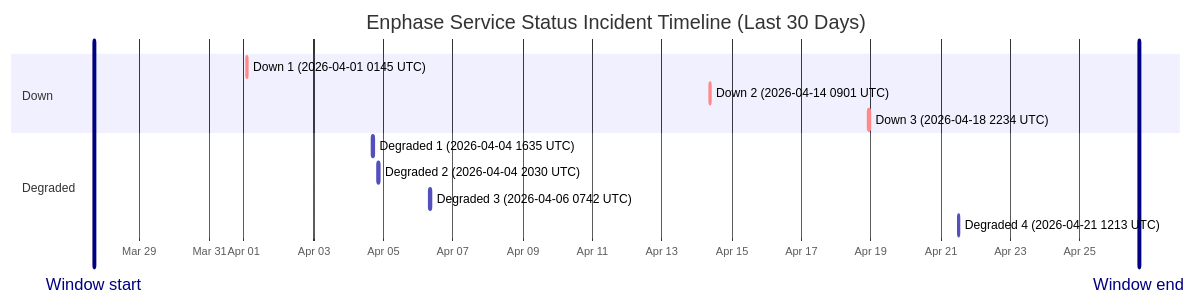
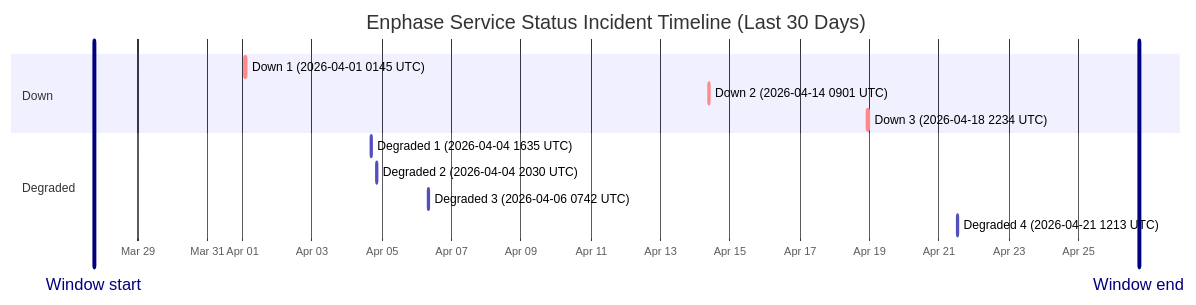
One commit to barneyonline/ha-enphase-ev-charger changed the diagram in wiki/Service-Status-History.md. Above: the diagram before and after it, drawn with Mermaid. The commit also changed other lines of this file and 3 other files, not shown here.

````diff
--- a/wiki/Service-Status-History.md
+++ b/wiki/Service-Status-History.md
@@ -14,17 +14,17 @@
 ```mermaid
 gantt
     title Enphase Service Status Incident Timeline (Last 30 Days)
     dateFormat  YYYY-MM-DDTHH:mm:ss
     axisFormat  %b %d
-    Window start :vert, window-start, 2026-03-27T16:41:20, 0ms
-    Window end :vert, window-end, 2026-04-26T16:41:20, 0ms
+    Window start :vert, window-start, 2026-03-27T17:37:43, 0ms
+    Window end :vert, window-end, 2026-04-26T17:37:43, 0ms
     section Down
     Down 1 (2026-04-01 0145 UTC) :crit, down-1, 2026-04-01T01:45:09, 60m
     Down 2 (2026-04-14 0901 UTC) :crit, down-2, 2026-04-14T09:01:13, 60m
     Down 3 (2026-04-18 2234 UTC) :crit, down-3, 2026-04-18T22:34:13, 60m
     section Degraded
     Degraded 1 (2026-04-04 1635 UTC) :active, degraded-1, 2026-04-04T16:35:17, 60m
     Degraded 2 (2026-04-04 2030 UTC) :active, degraded-2, 2026-04-04T20:30:40, 60m
     Degraded 3 (2026-04-06 0742 UTC) :active, degraded-3, 2026-04-06T07:42:09, 85m
     Degraded 4 (2026-04-21 1213 UTC) :active, degraded-4, 2026-04-21T12:13:11, 60m
 ```
````
